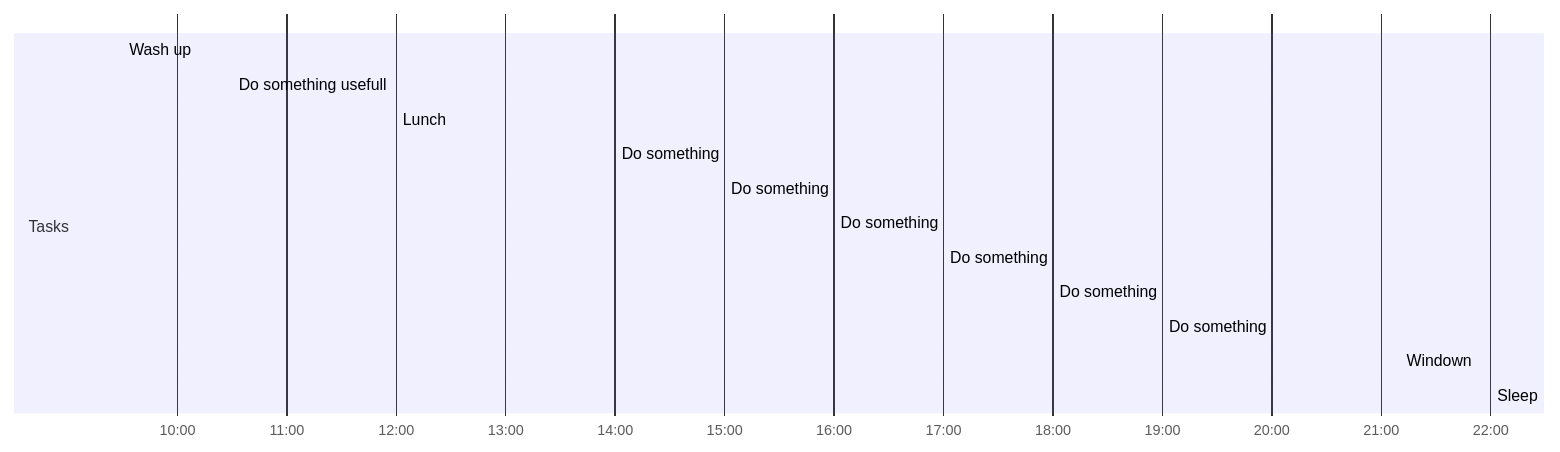
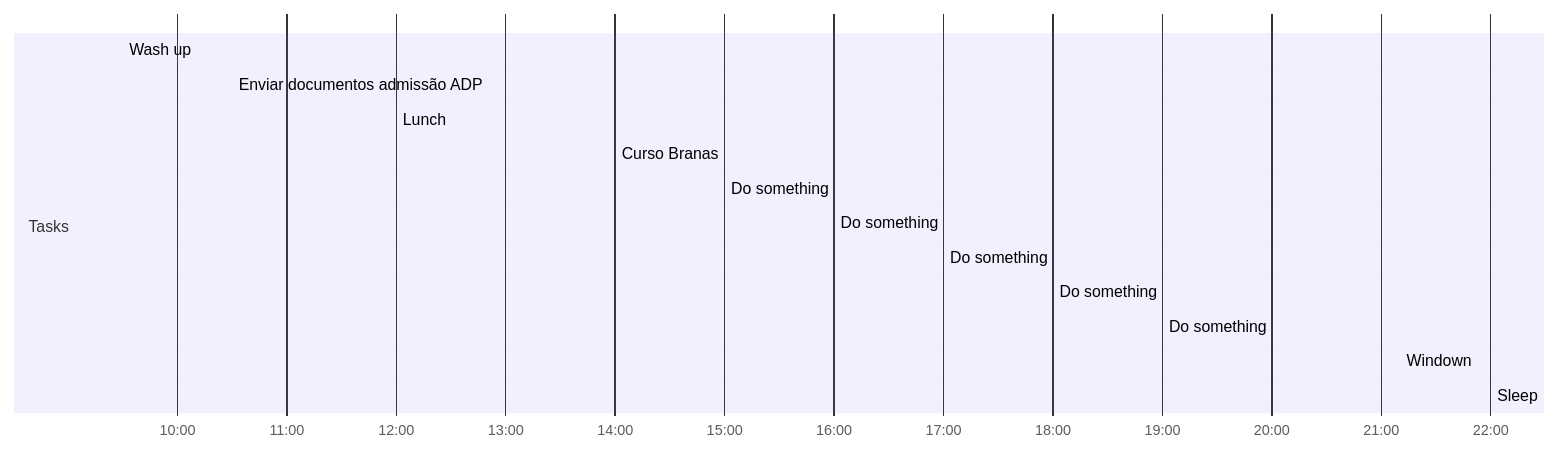
The diagram in Day Planners/Day Planner-20220501.md (bagnascojhoel/my-second-brain), drawn with Mermaid before and after one commit. The commit also changed other lines of this file, not shown here.

Commit message:
vault backup by  on 2022-05-01 11:52:33

````diff
--- a/Day Planners/Day Planner-20220501.md
+++ b/Day Planners/Day Planner-20220501.md
@@ -2,20 +2,20 @@
 ```mermaid
 gantt
     dateFormat  HH-mm
     axisFormat %H:%M
-    %% Current Time: 11:42:31 AM
+    %% Current Time: 11:52:31 AM
     section Tasks
     Wash up     :09-30, 60mm
-    Do something usefull     :10-30, 90mm
+    Enviar documentos admissão ADP     :10-30, 90mm
     Lunch     :12-00, 120mm
-    Do something     :14-00, 60mm
+    Curso Branas     :14-00, 60mm
     Do something     :15-00, 60mm
     Do something     :16-00, 60mm
     Do something     :17-00, 60mm
     Do something     :18-00, 60mm
     Do something     :19-00, 130mm
     Windown     :21-10, 50mm
     Sleep     :22-00, 0mm
     section Breaks
 
 ```
````
